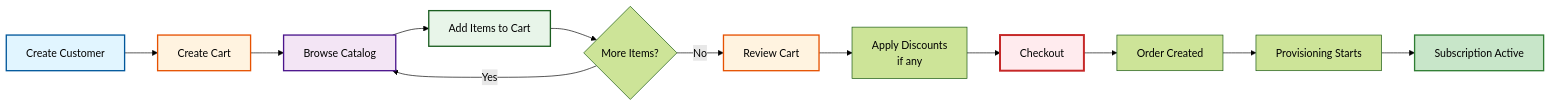
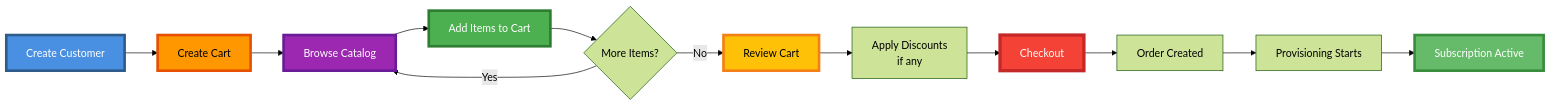
One commit to ZELA2000/Also-TDSynnex-Trend changed the third of 4 diagrams in TDSynnex/DOC/README.md. Above: the diagram before and after it, drawn with Mermaid (forest theme). The commit also changed other lines of this file and 11 other files, not shown here.

Commit message:
style: Update diagram styles across documentation for improved clarity and consistency

````diff
--- a/TDSynnex/DOC/README.md
+++ b/TDSynnex/DOC/README.md
@@ -260,22 +260,22 @@
 ```mermaid
 graph LR
     A[Create Customer] --> B[Create Cart]
     B --> C[Browse Catalog]
     C --> D[Add Items to Cart]
     D --> E{More Items?}
     E -->|Yes| C
     E -->|No| F[Review Cart]
     F --> G[Apply Discounts<br/>if any]
     G --> H[Checkout]
     H --> I[Order Created]
     I --> J[Provisioning Starts]
     J --> K[Subscription Active]
     
-    style A fill:#e1f5ff,stroke:#01579b,stroke-width:2px
-    style B fill:#fff3e0,stroke:#e65100,stroke-width:2px
-    style C fill:#f3e5f5,stroke:#4a148c,stroke-width:2px
-    style D fill:#e8f5e9,stroke:#1b5e20,stroke-width:2px
-    style F fill:#fff3e0,stroke:#e65100,stroke-width:2px
-    style H fill:#ffebee,stroke:#c62828,stroke-width:3px
-    style K fill:#c8e6c9,stroke:#2e7d32,stroke-width:2px
+    style A fill:#4A90E2,stroke:#2E5C8A,stroke-width:4px,color:#fff
+    style B fill:#FF9800,stroke:#E65100,stroke-width:4px,color:#000
+    style C fill:#9C27B0,stroke:#6A1B9A,stroke-width:4px,color:#fff
+    style D fill:#4CAF50,stroke:#2E7D32,stroke-width:4px,color:#fff
+    style F fill:#FFC107,stroke:#F57F17,stroke-width:4px,color:#000
+    style H fill:#F44336,stroke:#C62828,stroke-width:5px,color:#fff
+    style K fill:#66BB6A,stroke:#388E3C,stroke-width:4px,color:#fff
 ```
````
